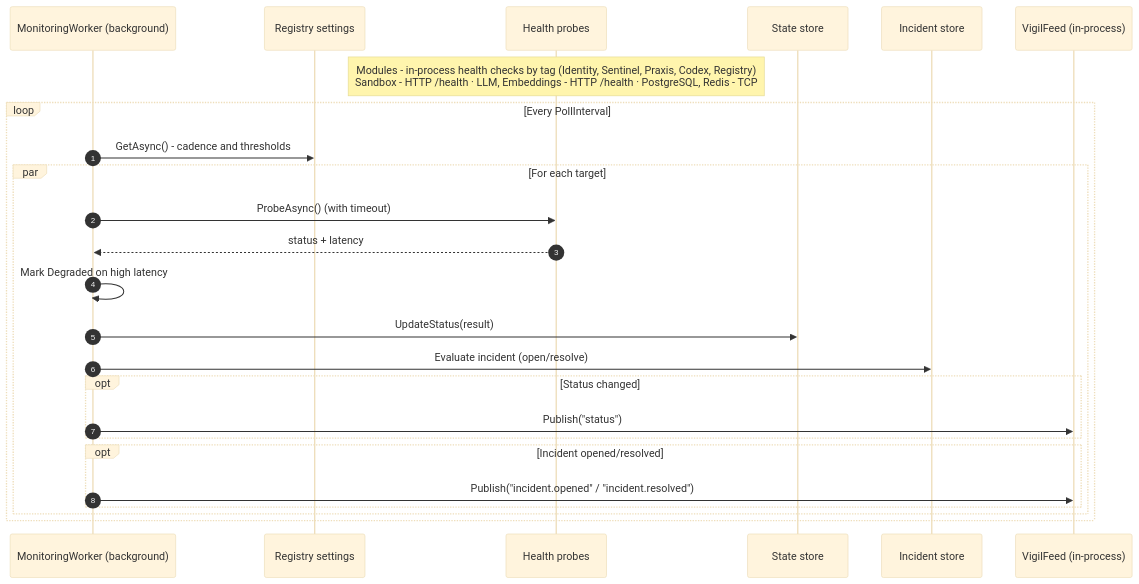
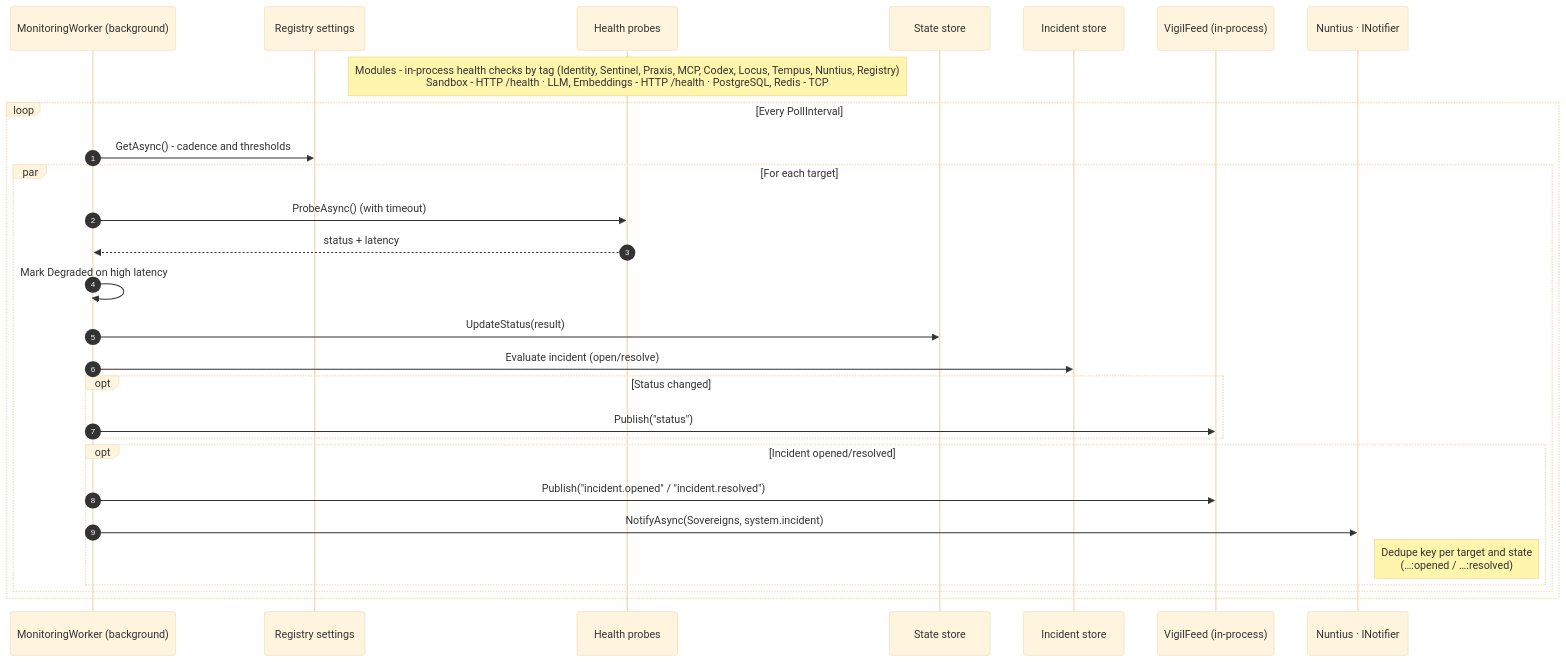
The diagram in docs/diagrams/vigil-1-monitoring-loop.md (mihailshterev/sentium), drawn with Mermaid (base theme) before and after one commit. The commit also changed 96 other files, not shown here.

````diff
--- a/docs/diagrams/vigil-1-monitoring-loop.md
+++ b/docs/diagrams/vigil-1-monitoring-loop.md
@@ -1,28 +1,31 @@
 ```mermaid
 sequenceDiagram
     autonumber
     participant MW as MonitoringWorker (background)
     participant RS as Registry settings
     participant PR as Health probes
     participant ST as State store
     participant IN as Incident store
     participant FD as VigilFeed (in-process)
+    participant NT as Nuntius · INotifier
 
-    Note over PR: Modules - in-process health checks by tag (Identity, Sentinel, Praxis, Codex, Registry)<br/>Sandbox - HTTP /health · LLM, Embeddings - HTTP /health · PostgreSQL, Redis - TCP
+    Note over PR: Modules - in-process health checks by tag (Identity, Sentinel, Praxis, MCP, Codex, Locus, Tempus, Nuntius, Registry)<br/>Sandbox - HTTP /health · LLM, Embeddings - HTTP /health · PostgreSQL, Redis - TCP
     loop Every PollInterval
         MW->>RS: GetAsync() - cadence and thresholds
         par For each target
             MW->>PR: ProbeAsync() (with timeout)
             PR-->>MW: status + latency
             MW->>MW: Mark Degraded on high latency
             MW->>ST: UpdateStatus(result)
             MW->>IN: Evaluate incident (open/resolve)
             opt Status changed
                 MW->>FD: Publish("status")
             end
             opt Incident opened/resolved
                 MW->>FD: Publish("incident.opened" / "incident.resolved")
+                MW->>NT: NotifyAsync(Sovereigns, system.incident)
+                Note right of NT: Dedupe key per target and state<br/>(…:opened / …:resolved)
             end
         end
     end
 ```
````
